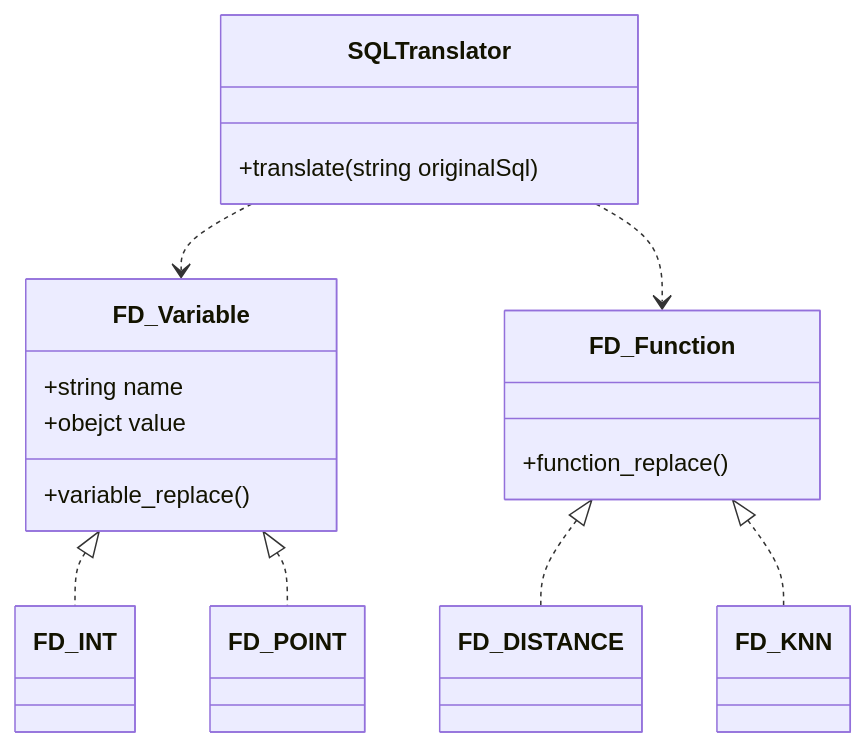
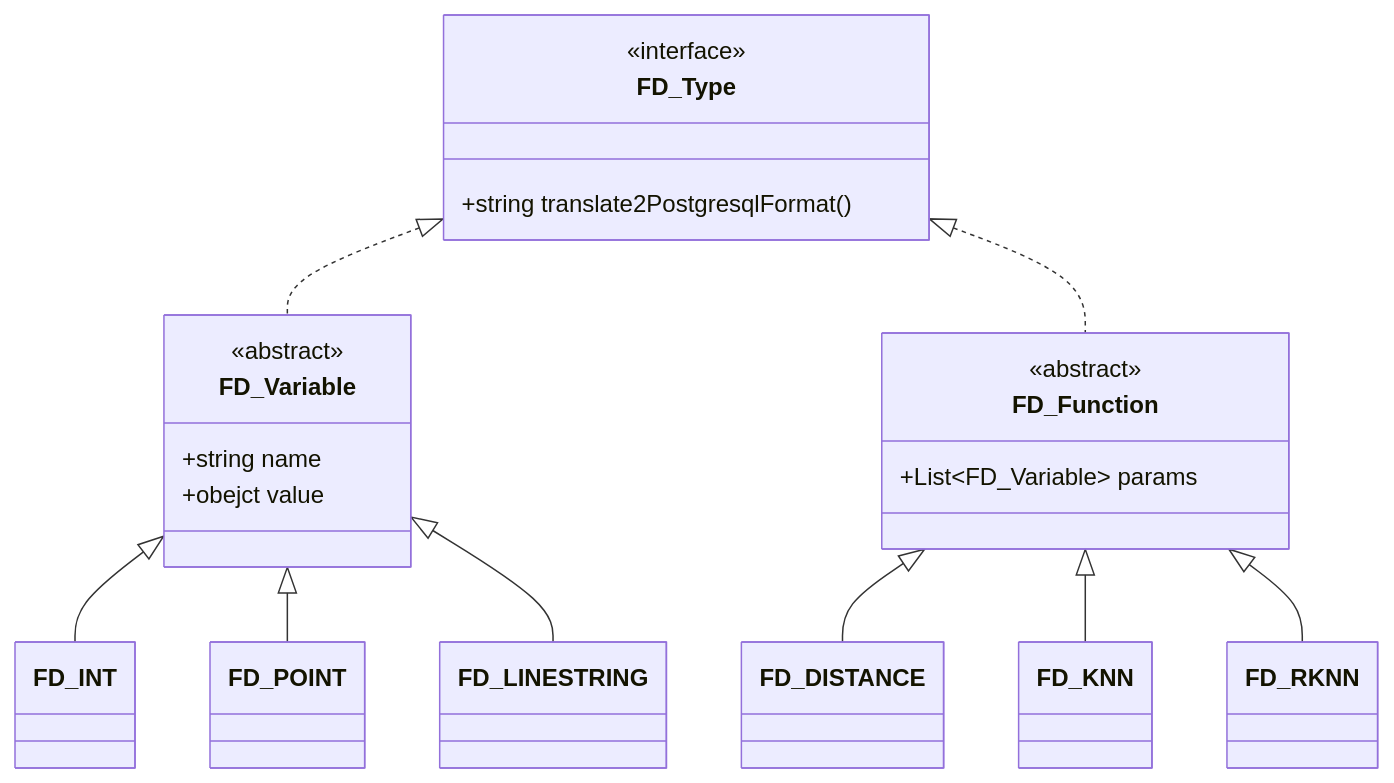
The first of 2 diagrams in README.md (ChengziCao/FederateDBSystem), drawn with Mermaid before and after one commit. The commit also changed other lines of this file and 21 other files, not shown here.

````diff
--- a/README.md
+++ b/README.md
@@ -34,23 +34,37 @@
 ```mermaid
 classDiagram
 
-class SQLTranslator{
-    +translate(string originalSql)
+%% class SQLTranslator{
+%%     +translate(string originalSql)
+%% }
+
+%% SQLTranslator ..> FD_Variable
+%% SQLTranslator ..> FD_Function
+
+class FD_Type{
+    <<interface>>
+    +string translate2PostgresqlFormat()
 }
 
-SQLTranslator ..> FD_Variable
-SQLTranslator ..> FD_Function
-    class FD_Variable{
-        +string name
-        +obejct value
-        +variable_replace()
-    }
-    class FD_Function{
-        +function_replace()
-    }
-    FD_Variable <|.. FD_INT
-    FD_Variable <|.. FD_POINT
+class FD_Variable{
+    <<abstract>>
+    +string name
+    +obejct value
+}
+class FD_Function{
+    <<abstract>>
+    +List~FD_Variable~ params
+}
 
-    FD_Function <|.. FD_DISTANCE
-    FD_Function <|.. FD_KNN    
+FD_Variable <|-- FD_INT
+FD_Variable <|-- FD_POINT
+FD_Variable <|-- FD_LINESTRING
+
+FD_Function <|-- FD_DISTANCE
+FD_Function <|-- FD_KNN
+FD_Function <|-- FD_RKNN
+
+
+FD_Type <|.. FD_Variable 
+FD_Type <|.. FD_Function
 ```
````
